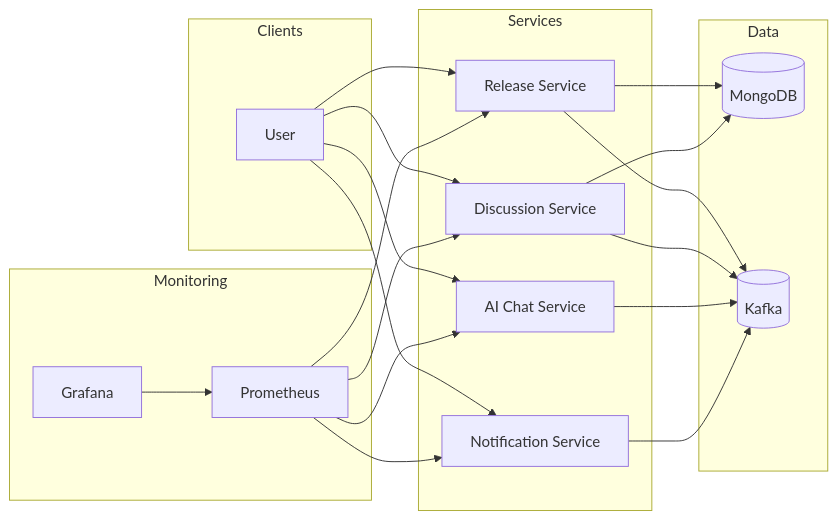
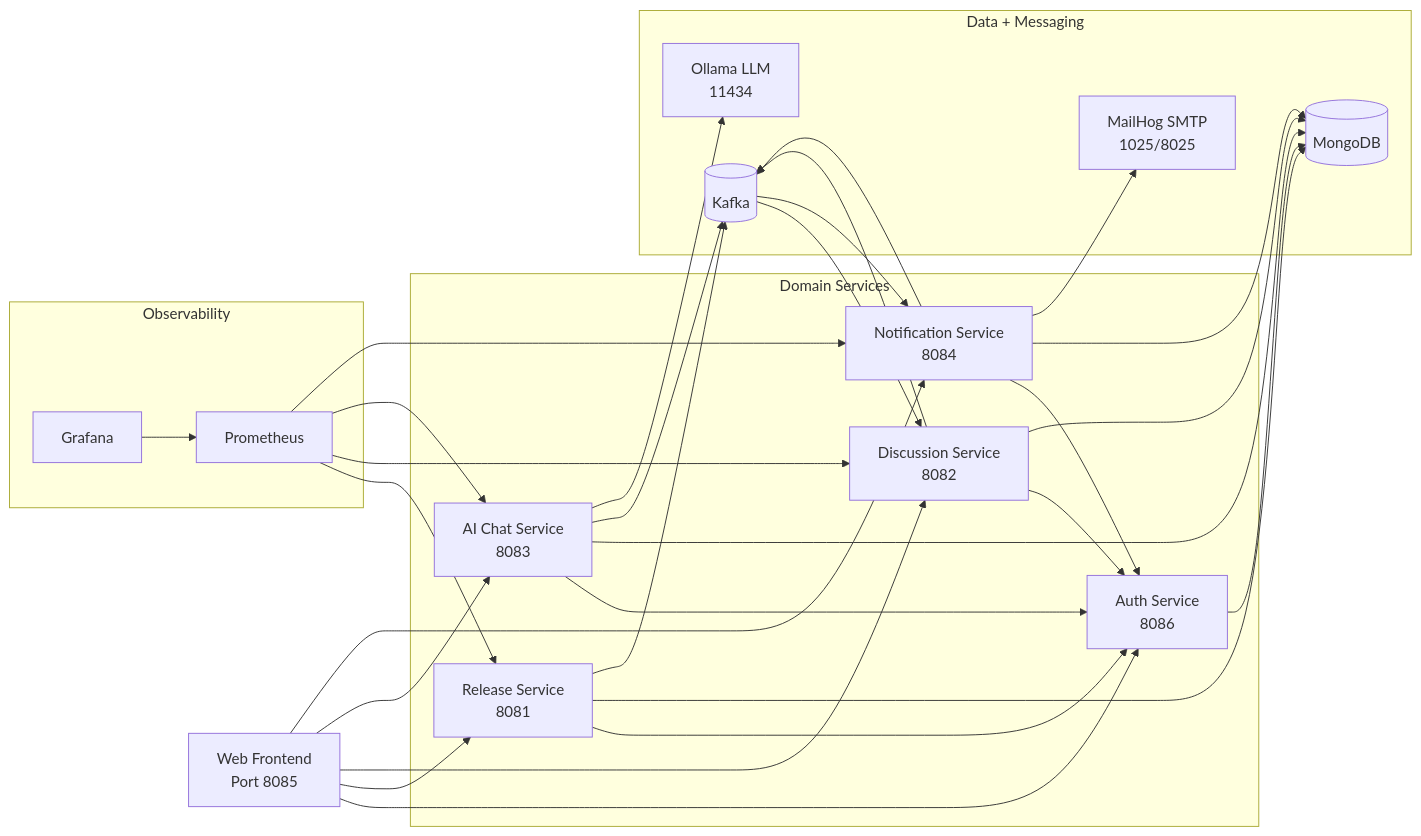
Before and after one commit to KhanhTN2/cs544-group-1-final-project: the first of 2 diagrams in docs/architecture.md, drawn with Mermaid. The commit also changed other lines of this file and 4 other files, not shown here.

````diff
--- a/docs/architecture.md
+++ b/docs/architecture.md
@@ -3,41 +13,57 @@
 ```mermaid
 flowchart LR
-    subgraph Clients
-        user[User]
+    U[Web Frontend<br/>Port 8085]
+
+    subgraph SVC[Domain Services]
+        AUTH[Auth Service<br/>8086]
+        REL[Release Service<br/>8081]
+        DISC[Discussion Service<br/>8082]
+        AI[AI Chat Service<br/>8083]
+        NOTIF[Notification Service<br/>8084]
     end
 
-    subgraph Services
-        release[Release Service]
-        discussion[Discussion Service]
-        ai[AI Chat Service]
-        notification[Notification Service]
+    subgraph DATA[Data + Messaging]
+        MDB[(MongoDB)]
+        KAFKA[(Kafka)]
+        OLLAMA[Ollama LLM<br/>11434]
+        MAIL[MailHog SMTP<br/>1025/8025]
     end
 
-    subgraph Data
-        mongo[(MongoDB)]
-        kafka[(Kafka)]
+    subgraph OBS[Observability]
+        PROM[Prometheus]
+        GRAF[Grafana]
     end
 
-    subgraph Monitoring
-        prometheus[Prometheus]
-        grafana[Grafana]
-    end
+    U --> AUTH
+    U --> REL
+    U --> DISC
+    U --> AI
+    U --> NOTIF
 
-    user --> release
-    user --> discussion
-    user --> ai
-    user --> notification
+    REL --> AUTH
+    DISC --> AUTH
+    AI --> AUTH
+    NOTIF --> AUTH
 
-    release --> mongo
-    discussion --> mongo
-    release --> kafka
-    discussion --> kafka
-    ai --> kafka
-    notification --> kafka
+    AUTH --> MDB
+    REL --> MDB
+    DISC --> MDB
+    AI --> MDB
+    NOTIF --> MDB
 
-    prometheus --> release
-    prometheus --> discussion
-    prometheus --> ai
-    prometheus --> notification
-    grafana --> prometheus
+    REL --> KAFKA
+    DISC --> KAFKA
+    AI --> KAFKA
+    NOTIF --> KAFKA
+    KAFKA --> DISC
+    KAFKA --> NOTIF
+
+    AI --> OLLAMA
+    NOTIF --> MAIL
+
+    PROM --> REL
+    PROM --> DISC
+    PROM --> AI
+    PROM --> NOTIF
+    GRAF --> PROM
 ```
````
